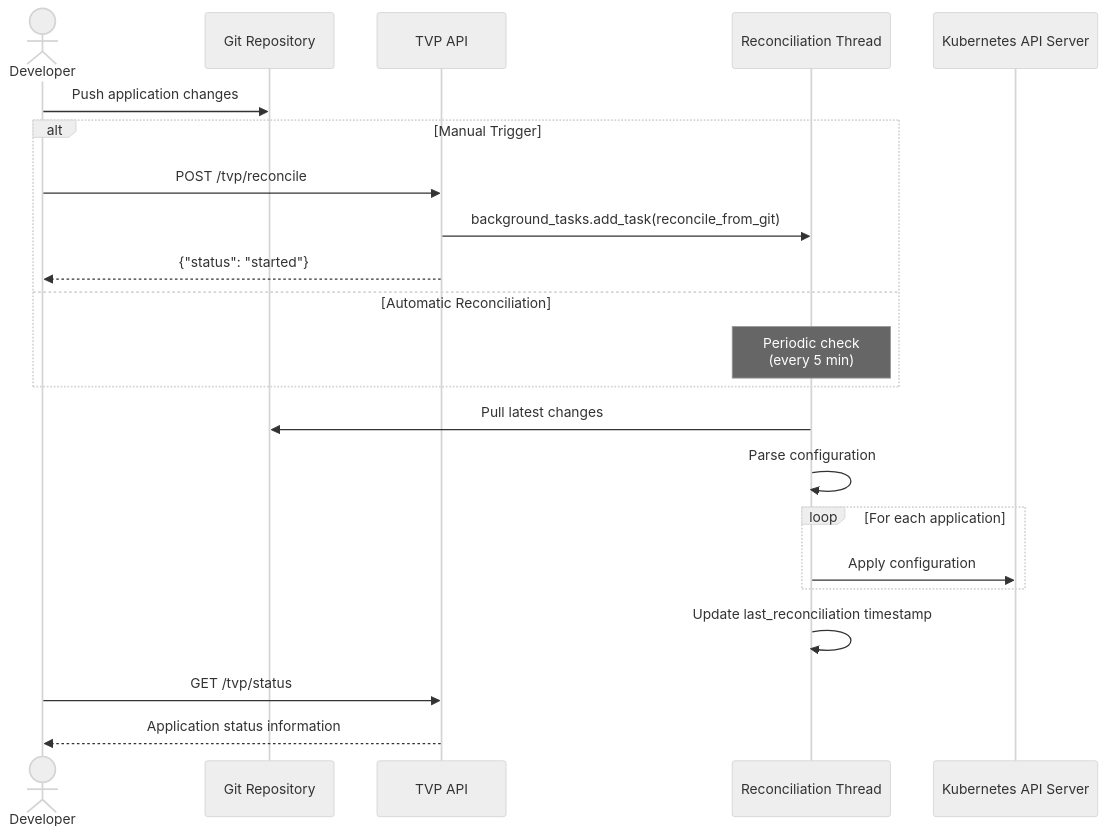
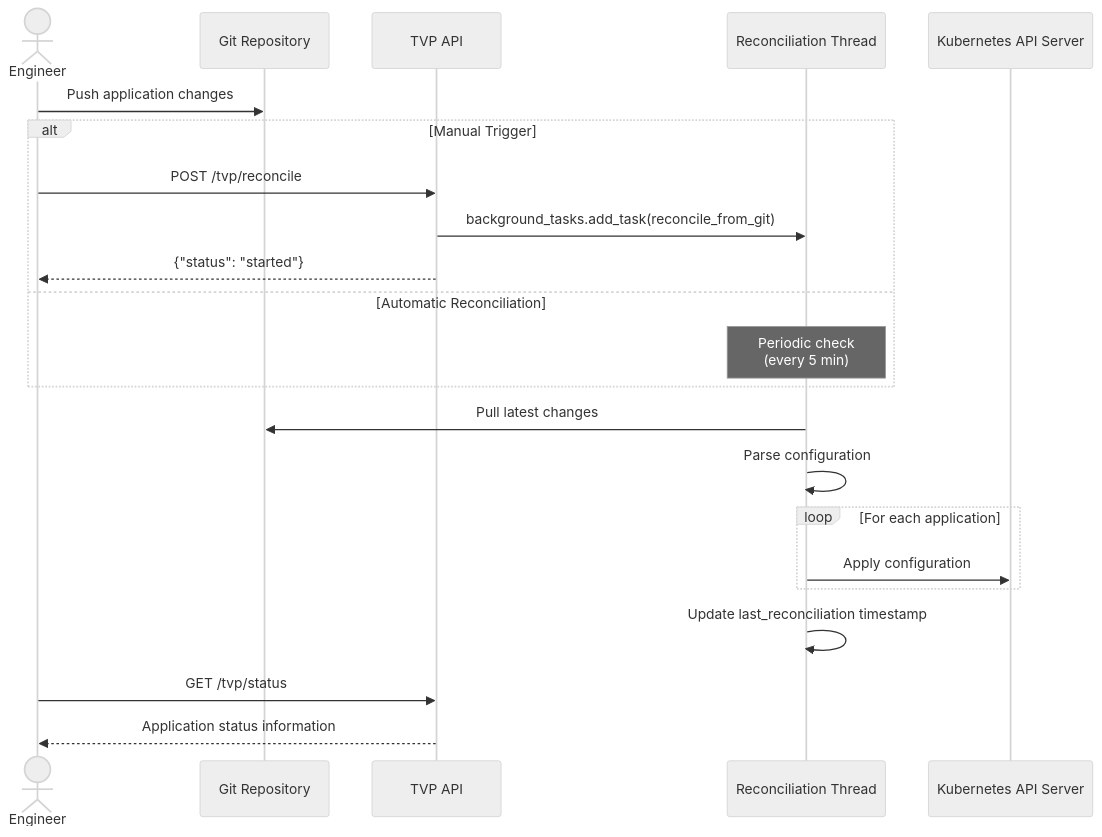
Before and after one commit to lloydchang/tvp-k8s: the second of 11 diagrams in README.md, drawn with Mermaid (neutral theme).

````diff
--- a/README.md
+++ b/README.md
@@ -358,30 +358,30 @@
 ```mermaid
 sequenceDiagram
-    actor Dev as Developer
+    actor Eng as Engineer
     participant Git as Git Repository
     participant TVP as TVP API
     participant Thread as Reconciliation Thread
     participant Kubernetes as Kubernetes API Server
     
-    Dev->>Git: Push application changes
+    Eng->>Git: Push application changes
     
     alt Manual Trigger
-        Dev->>TVP: POST /tvp/reconcile
+        Eng->>TVP: POST /tvp/reconcile
         TVP->>Thread: background_tasks.add_task(reconcile_from_git)
-        TVP-->>Dev: {"status": "started"}
+        TVP-->>Eng: {"status": "started"}
     else Automatic Reconciliation
         Note over Thread: Periodic check<br>(every 5 min)
     end
     
     Thread->>Git: Pull latest changes
     Thread->>Thread: Parse configuration
     
     loop For each application
         Thread->>Kubernetes: Apply configuration
     end
     
     Thread->>Thread: Update last_reconciliation timestamp
     
-    Dev->>TVP: GET /tvp/status
-    TVP-->>Dev: Application status information
+    Eng->>TVP: GET /tvp/status
+    TVP-->>Eng: Application status information
 ```
````
